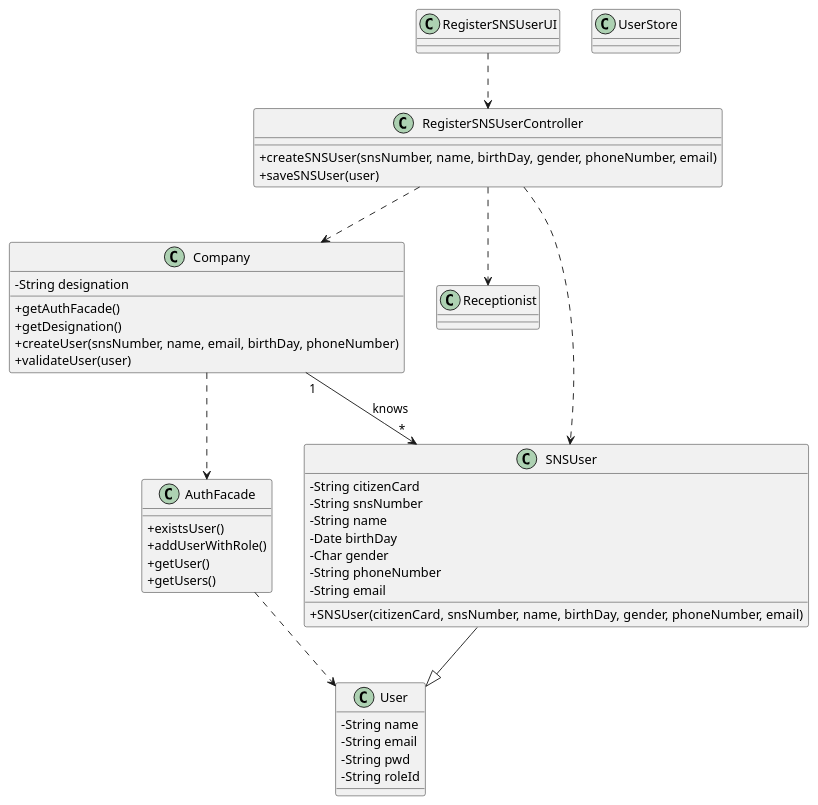
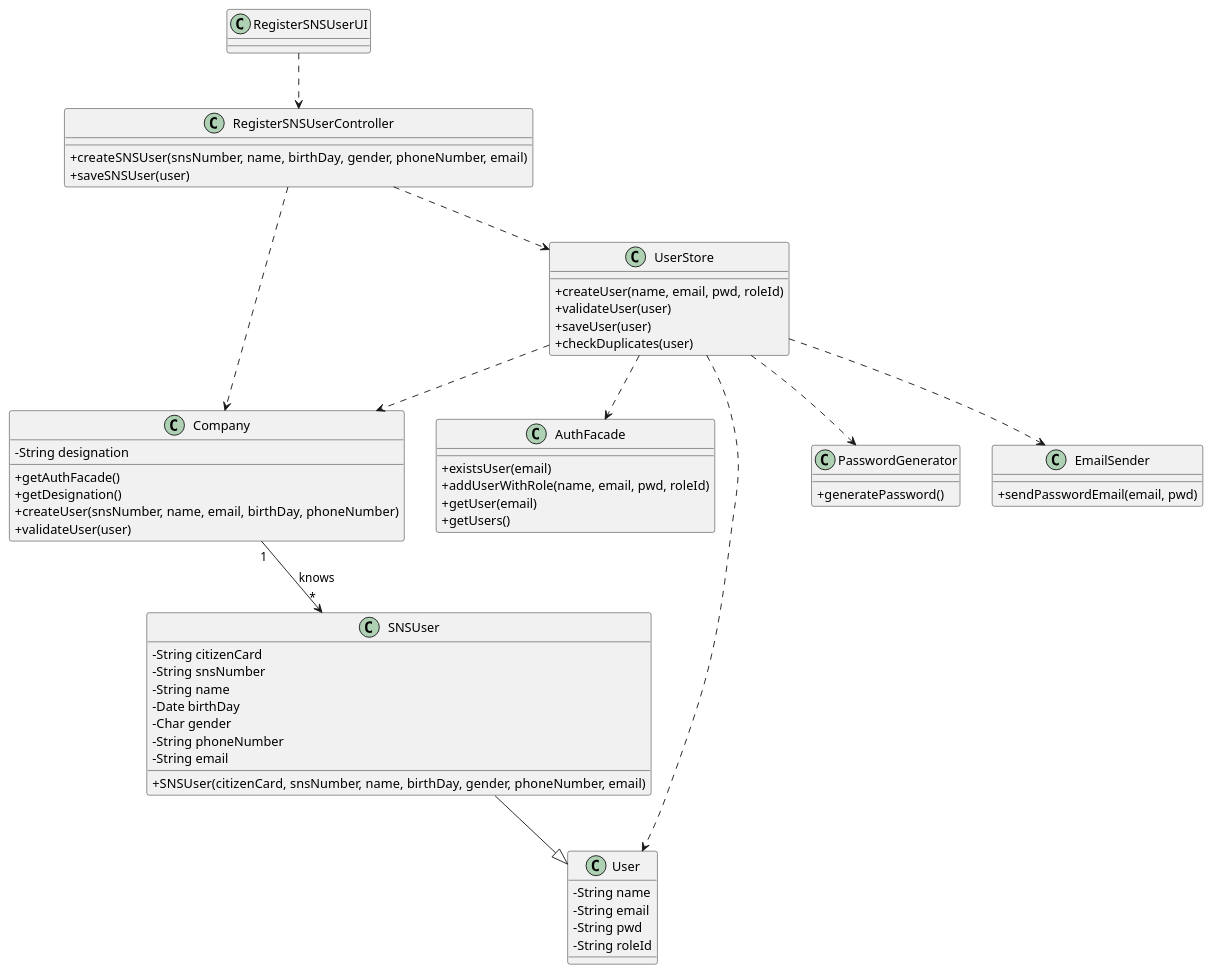
One commit to miseEnPlace-i/lapr2 changed the diagram in docs/SprintB/US03/CD/US03_CD.puml. Above: the diagram before and after it, drawn with PlantUML. The commit also changed 3 other files, not shown here.

```diff
--- a/docs/SprintB/US03/CD/US03_CD.puml
+++ b/docs/SprintB/US03/CD/US03_CD.puml
@@ -1,74 +1,89 @@
 @startuml Class Diagram
 skinparam classAttributeIconSize 0
 
 ' class ApplicationPOT {
 '   + static getInstance()
 '   + getCurrentSession()
 ' }
 
 class AuthFacade {
-  + existsUser()
-  + addUserWithRole()
-  + getUser()
+  + existsUser(email)
+  + addUserWithRole(name, email, pwd, roleId)
+  + getUser(email)
   + getUsers()
 }
 
 class Company {
   - String designation
   + getAuthFacade()
   + getDesignation()
   + createUser(snsNumber, name, email, birthDay, phoneNumber)
   + validateUser(user)
 }
 
-class Receptionist {
-
-}
+' class Receptionist { }
 
 class RegisterSNSUserController {
   + createSNSUser(snsNumber, name, birthDay, gender, phoneNumber, email)
   + saveSNSUser(user)
 }
 
 class RegisterSNSUserUI { }
 
 class SNSUser {
   - String citizenCard
   - String snsNumber
   - String name
   - Date birthDay
   - Char gender
   - String phoneNumber
   - String email
   + SNSUser(citizenCard, snsNumber, name, birthDay, gender, phoneNumber, email)
 }
 
 class User {
   - String name
   - String email
   - String pwd
   - String roleId
 }
 
-class UserStore { }
+class UserStore {
+  + createUser(name, email, pwd, roleId)
+  + validateUser(user)
+  + saveUser(user)
+  + checkDuplicates(user)
+}
 
-' class UserSession {
-'   + getUserEmail()
-' }
+class PasswordGenerator {
+  + generatePassword()
+}
 
-AuthFacade ..> User
+class EmailSender {
+  + sendPasswordEmail(email, pwd)
+}
+
+
+' AuthFacade ..> User
 
 Company "1" --> "*" SNSUser : knows
-Company ..> AuthFacade
+' Company ..> AuthFacade
 
 ' RegisterSNSUserController ..> ApplicationPOT
 RegisterSNSUserController ..> Company
-RegisterSNSUserController ..> Receptionist
-RegisterSNSUserController ..> SNSUser
+' RegisterSNSUserController ..> Receptionist
+' RegisterSNSUserController ..> SNSUser
+RegisterSNSUserController ..> UserStore
 ' RegisterSNSUserController ..> UserSession
 
 RegisterSNSUserUI ..> RegisterSNSUserController
 
 SNSUser --|> User
 
+UserStore ..> User
+UserStore ..> Company
+UserStore ..> AuthFacade
+UserStore ..> PasswordGenerator
+UserStore ..> EmailSender
+
 @enduml
```
